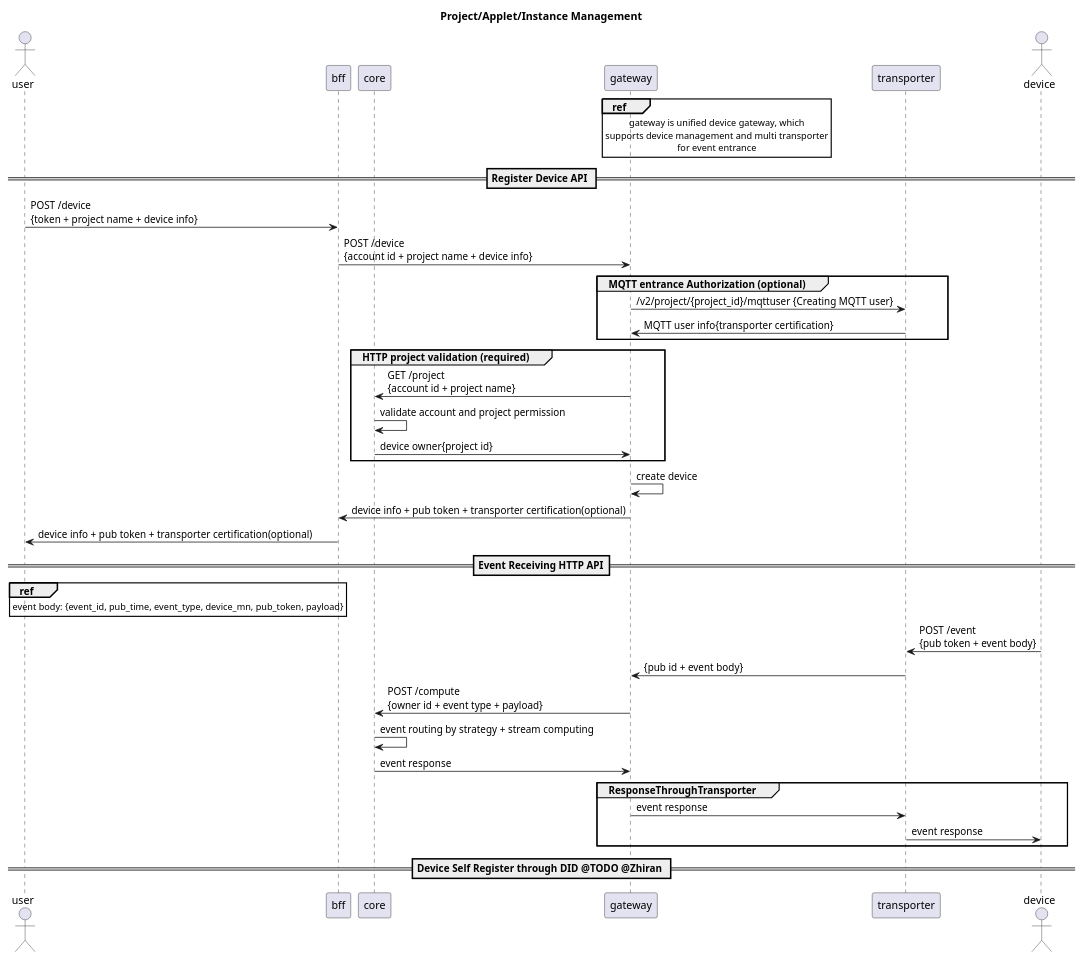
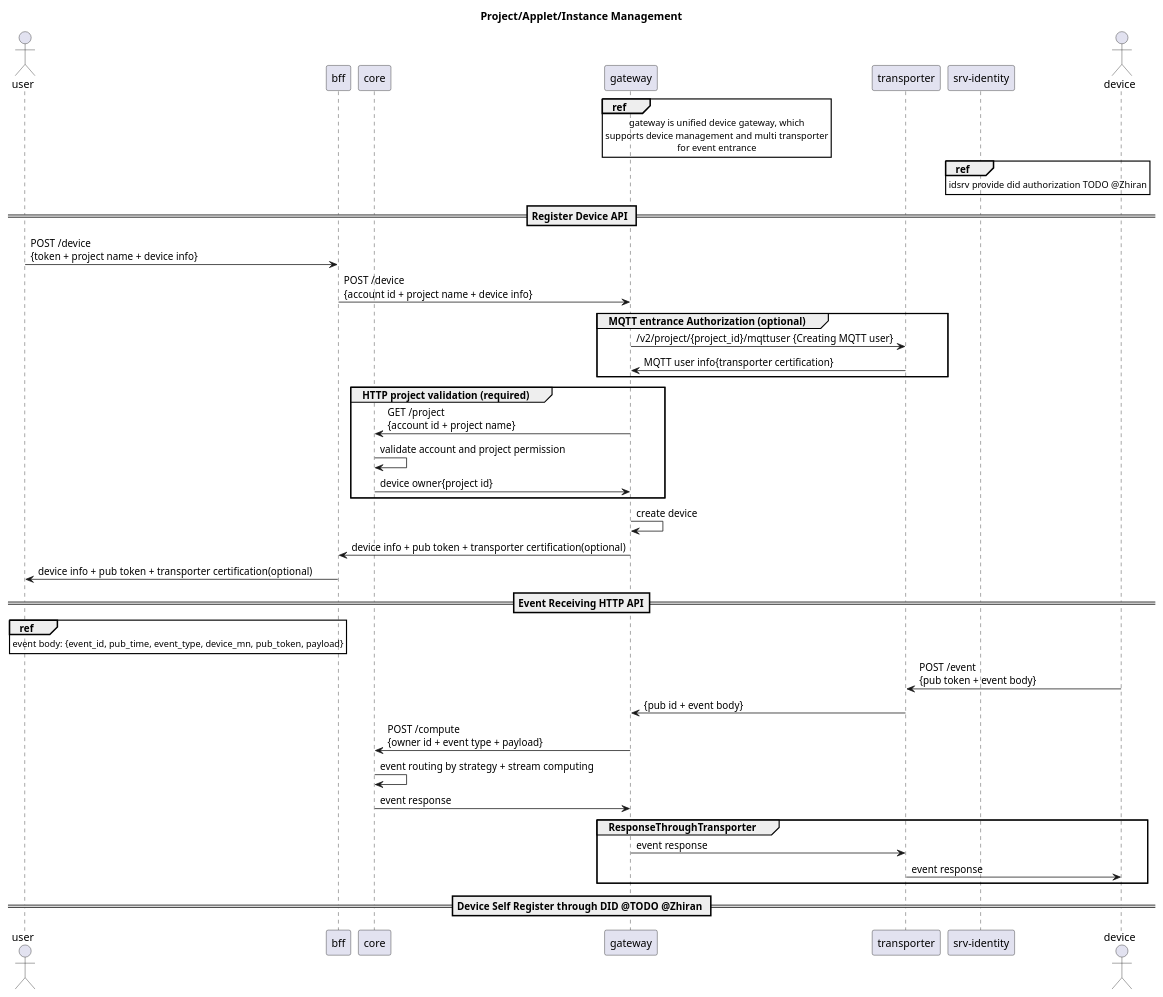
The diagram in __doc__/v2/3.device_management.puml (machinefi/w3bstream), drawn with PlantUML before and after one commit.

```diff
--- a/__doc__/v2/3.device_management.puml
+++ b/__doc__/v2/3.device_management.puml
@@ -1,55 +1,60 @@
 @startuml
 
 title: Project/Applet/Instance Management
 
 actor       "user"          as cli
 participant "bff"           as bff
 participant "core"          as core
 participant "gateway"       as gw
 participant "transporter"   as trsp
+participant "srv-identity"  as idsrv
 actor       "device"        as dev
 
 ref over gw
 gateway is unified device gateway, which
 supports device management and multi transporter
 for event entrance
+end ref
+
+ref over idsrv
+idsrv provide did authorization TODO @Zhiran
 end ref
 
 == Register Device API ==
 
 cli  -> bff:  POST /device\n{token + project name + device info}
 bff  -> gw:   POST /device\n{account id + project name + device info}
 
 group MQTT entrance Authorization (optional)
 gw   -> trsp: /v2/project/{project_id}/mqttuser {Creating MQTT user}
 trsp -> gw:   MQTT user info{transporter certification}
 end
 
 group HTTP project validation (required)
 gw   -> core: GET /project\n{account id + project name}
 core -> core: validate account and project permission
 core -> gw:   device owner{project id}
 end
 
 gw   -> gw:   create device
 gw   -> bff:  device info + pub token + transporter certification(optional)
 bff  -> cli:  device info + pub token + transporter certification(optional)
 
 == Event Receiving HTTP API==
 
 ref over cli
 event body: {event_id, pub_time, event_type, device_mn, pub_token, payload}
 end ref
 dev  -> trsp: POST /event\n{pub token + event body}
 trsp -> gw:   {pub id + event body}
 gw   -> core: POST /compute\n{owner id + event type + payload}
 core -> core: event routing by strategy + stream computing
 core -> gw:   event response
 group ResponseThroughTransporter
 gw -> trsp:  event response
 trsp -> dev: event response
 end
 
 == Device Self Register through DID @TODO @Zhiran ==
 
 @enduml
```
